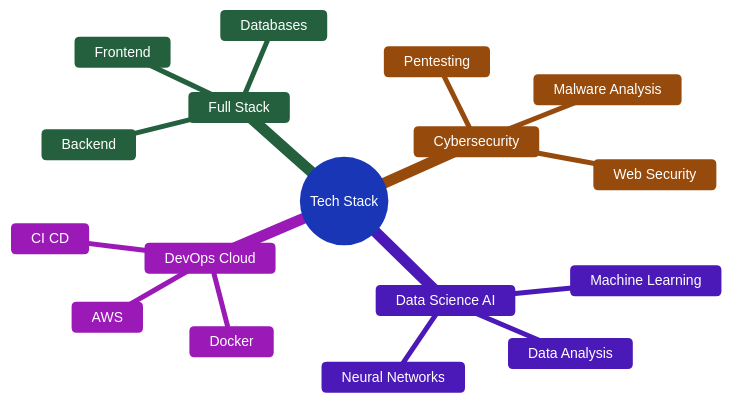
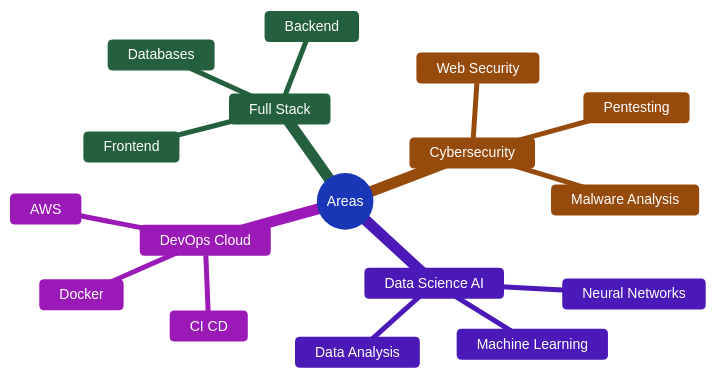
The diagram in README.md (devsebastian44/Devsebastian44), drawn with Mermaid before and after one commit.

Commit message:
Version 1

````diff
--- a/README.md
+++ b/README.md
@@ -75,21 +75,21 @@
 ```mermaid
 %%{init: {'theme':'base', 'themeVariables': { 'primaryColor':'#667EEA','primaryTextColor':'#FFF','primaryBorderColor':'#5A67D8','lineColor':'#4299E1','secondaryColor':'#48BB78','tertiaryColor':'#ED8936','quaternaryColor':'#9F7AEA','fontSize':'14px','fontFamily':'Arial'}}}%%
 mindmap
-  root((Tech Stack))
+  root((Areas))
     Full Stack
       Frontend
       Backend
       Databases
     Cybersecurity
       Pentesting
       Malware Analysis
       Web Security
     Data Science AI
       Machine Learning
       Data Analysis
       Neural Networks
     DevOps Cloud
       Docker
       AWS
       CI CD
 ```
````
